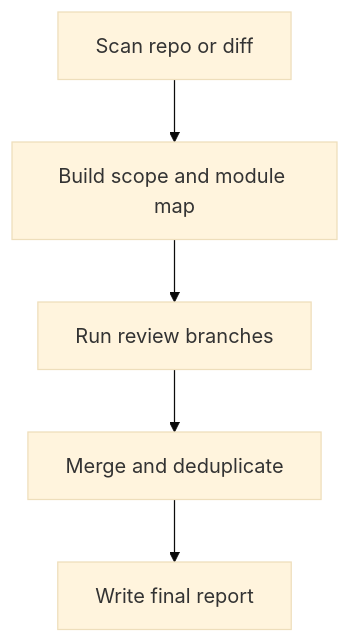
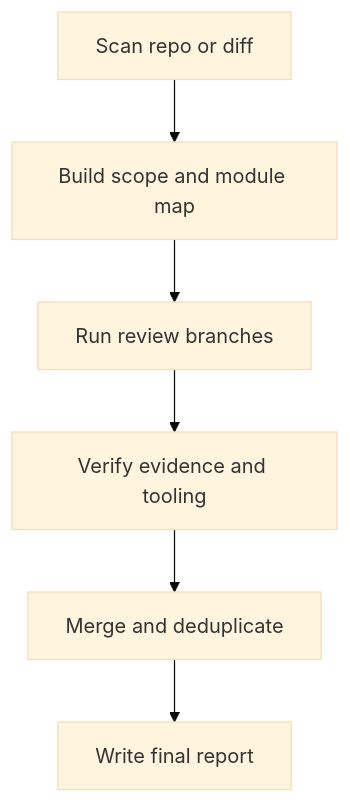
The diagram in github/agents/ultimate-codebase-analysis-agent/docs/ultimate-codebase-analysis-agent.overview.md (buddolla1/agents-skills-instructions), drawn with Mermaid (base theme) before and after one commit. The commit also changed other lines of this file and 12 other files, not shown here.

````diff
--- a/github/agents/ultimate-codebase-analysis-agent/docs/ultimate-codebase-analysis-agent.overview.md
+++ b/github/agents/ultimate-codebase-analysis-agent/docs/ultimate-codebase-analysis-agent.overview.md
@@ -17,7 +17,8 @@
 ```mermaid
 flowchart TD
     A[Scan repo or diff] --> B[Build scope and module map]
     B --> C[Run review branches]
-    C --> D[Merge and deduplicate]
-    D --> E[Write final report]
+    C --> D[Verify evidence and tooling]
+    D --> E[Merge and deduplicate]
+    E --> F[Write final report]
 ```
````
